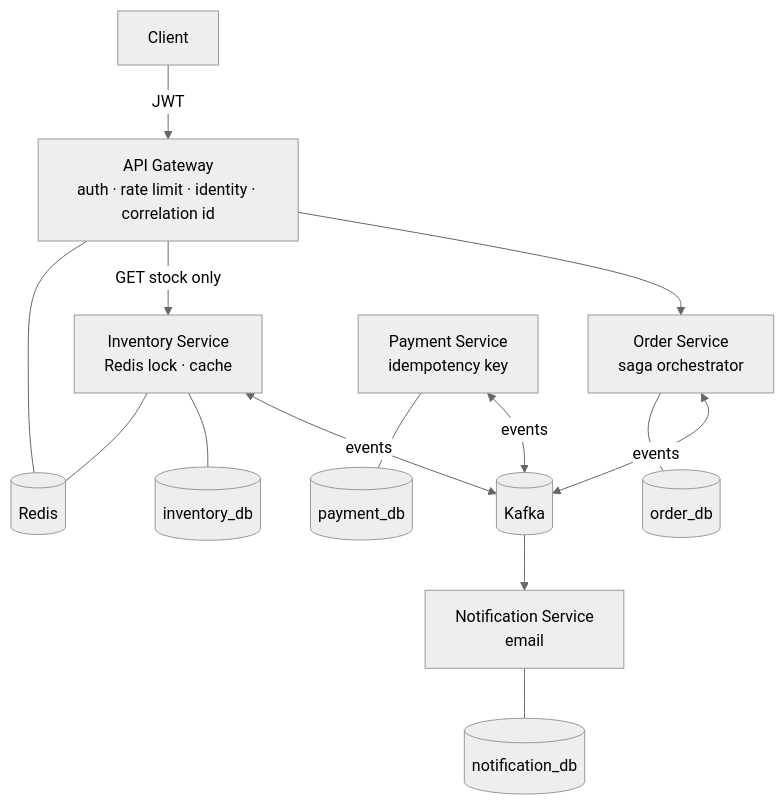
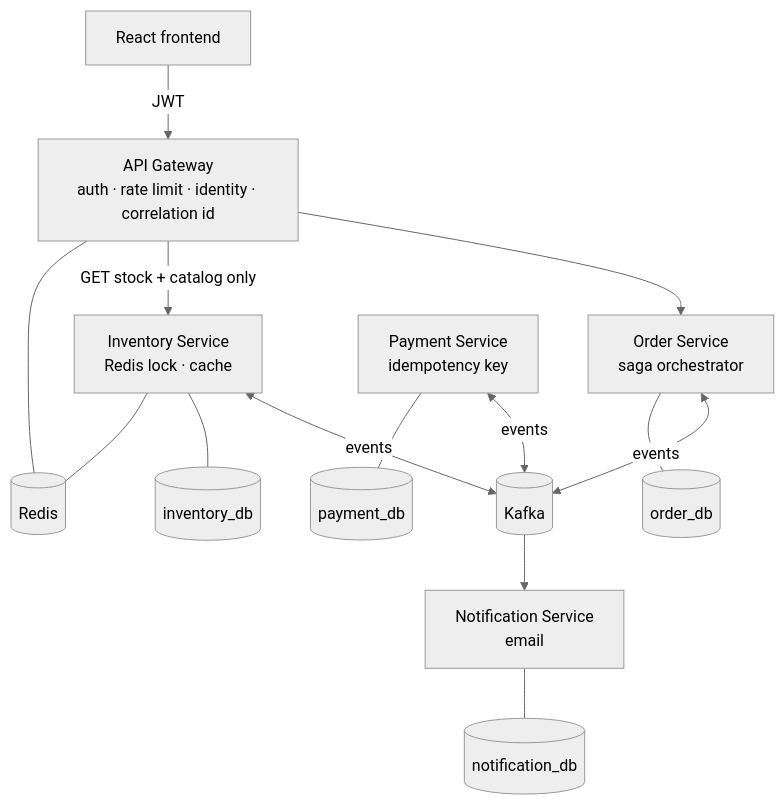
Before and after one commit to Nhatht/orderflow: the first of 4 diagrams in README.md, drawn with Mermaid (neutral theme). The commit also changed other lines of this file, not shown here.

Commit message:
docs: document one-command setup, CI/CD and the saga timeline

````diff
--- a/README.md
+++ b/README.md
@@ -15,16 +15,16 @@
 ```mermaid
 flowchart TB
-    client[Client] -->|JWT| gw[API Gateway<br/>auth · rate limit · identity · correlation id]
+    client[React frontend] -->|JWT| gw[API Gateway<br/>auth · rate limit · identity · correlation id]
     gw --> order[Order Service<br/>saga orchestrator]
-    gw -->|GET stock only| inv[Inventory Service<br/>Redis lock · cache]
+    gw -->|GET stock + catalog only| inv[Inventory Service<br/>Redis lock · cache]
     order <-->|events| kafka[(Kafka)]
     inv <-->|events| kafka
     pay[Payment Service<br/>idempotency key] <-->|events| kafka
     kafka --> notif[Notification Service<br/>email]
     order --- odb[(order_db)]
     inv --- idb[(inventory_db)]
     pay --- pdb[(payment_db)]
     notif --- ndb[(notification_db)]
     inv --- redis[(Redis)]
     gw --- redis
 ```
````
